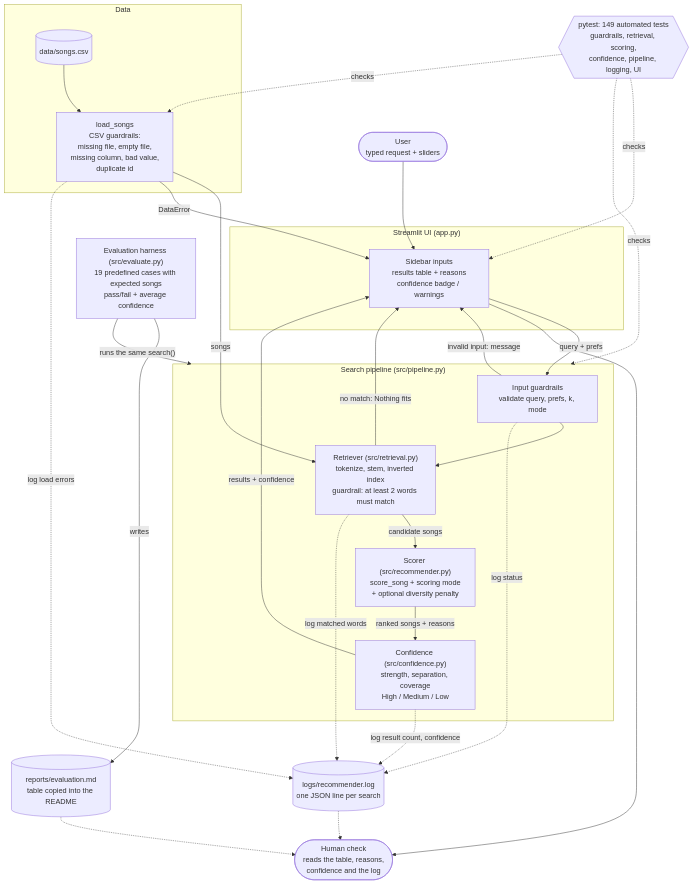
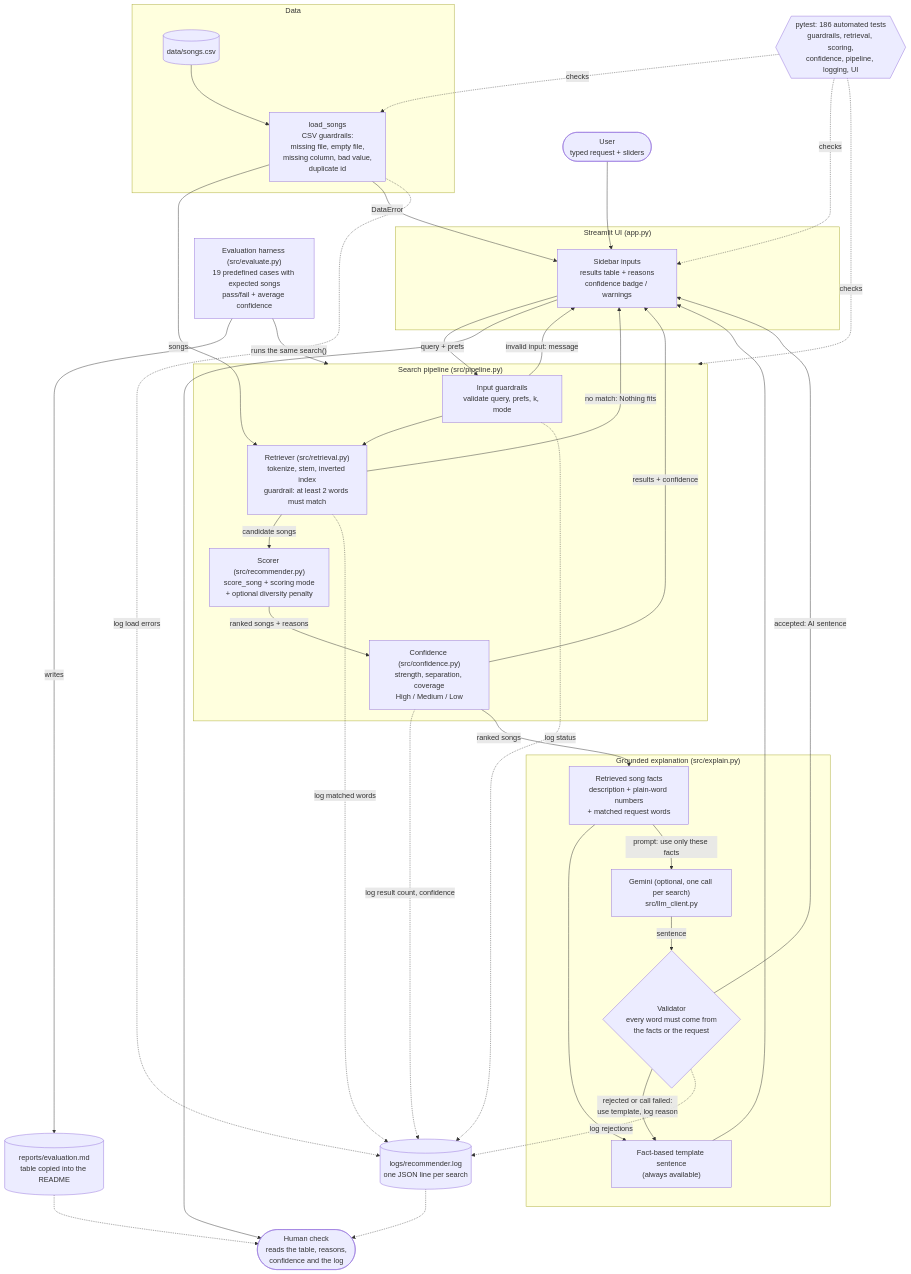
Before and after one commit to virtonen/applied-ai-system-project: the diagram in diagrams/architecture.mmd, drawn with Mermaid. The commit also changed 12 other files, not shown here.

Commit message:
Making retrieval clearly "RAG" + updating docs

```diff
--- a/diagrams/architecture.mmd
+++ b/diagrams/architecture.mmd
@@ -1,55 +1,71 @@
-%% VibeMatch system architecture (current: logging, guardrails, confidence, evaluation harness).
+%% VibeMatch system architecture (current: logging, guardrails, confidence, grounded RAG explanations, evaluation harness).
 %% Render with any Mermaid viewer, for example the Mermaid Live Editor or GitHub.
 flowchart TD
     USER(["User<br/>typed request + sliders"])
     HUMAN(["Human check<br/>reads the table, reasons,<br/>confidence and the log"])
 
     subgraph APP["Streamlit UI (app.py)"]
         UI["Sidebar inputs<br/>results table + reasons<br/>confidence badge / warnings"]
     end
 
     subgraph DATA["Data"]
         CSV[("data/songs.csv")]
         LOAD["load_songs<br/>CSV guardrails:<br/>missing file, empty file,<br/>missing column, bad value,<br/>duplicate id"]
     end
 
     subgraph PIPE["Search pipeline (src/pipeline.py)"]
         GUARD["Input guardrails<br/>validate query, prefs, k, mode"]
         RETR["Retriever (src/retrieval.py)<br/>tokenize, stem, inverted index<br/>guardrail: at least 2 words must match"]
         SCORE["Scorer (src/recommender.py)<br/>score_song + scoring mode<br/>+ optional diversity penalty"]
         CONF["Confidence (src/confidence.py)<br/>strength, separation, coverage<br/>High / Medium / Low"]
     end
 
+    subgraph RAG["Grounded explanation (src/explain.py)"]
+        FACTS["Retrieved song facts<br/>description + plain-word numbers<br/>+ matched request words"]
+        TEMPLATE["Fact-based template sentence<br/>(always available)"]
+        GEMINI["Gemini (optional, one call per search)<br/>src/llm_client.py"]
+        VALID{"Validator<br/>every word must come from<br/>the facts or the request"}
+    end
+
     LOG[("logs/recommender.log<br/>one JSON line per search")]
-    TESTS{{"pytest: 149 automated tests<br/>guardrails, retrieval, scoring,<br/>confidence, pipeline, logging, UI"}}
+    TESTS{{"pytest: 186 automated tests<br/>guardrails, retrieval, scoring,<br/>confidence, pipeline, logging, UI"}}
 
     EVAL["Evaluation harness (src/evaluate.py)<br/>19 predefined cases with expected songs<br/>pass/fail + average confidence"]
     REPORT[("reports/evaluation.md<br/>table copied into the README")]
 
     CSV --> LOAD
     LOAD -->|"songs"| RETR
     LOAD -->|"DataError"| UI
 
     USER --> UI
     UI -->|"query + prefs"| GUARD
     GUARD -->|"invalid input: message"| UI
     GUARD --> RETR
     RETR -->|"no match: Nothing fits"| UI
     RETR -->|"candidate songs"| SCORE
     SCORE -->|"ranked songs + reasons"| CONF
     CONF -->|"results + confidence"| UI
     UI --> HUMAN
 
     GUARD -.->|"log status"| LOG
     RETR -.->|"log matched words"| LOG
     CONF -.->|"log result count, confidence"| LOG
     LOAD -.->|"log load errors"| LOG
     LOG -.-> HUMAN
 
     TESTS -.->|"checks"| LOAD
     TESTS -.->|"checks"| PIPE
     TESTS -.->|"checks"| UI
 
     EVAL -->|"runs the same search()"| PIPE
     EVAL -->|"writes"| REPORT
     REPORT -.-> HUMAN
+
+    CONF -->|"ranked songs"| FACTS
+    FACTS --> TEMPLATE
+    FACTS -->|"prompt: use only these facts"| GEMINI
+    GEMINI -->|"sentence"| VALID
+    VALID -->|"accepted: AI sentence"| UI
+    VALID -->|"rejected or call failed:<br/>use template, log reason"| TEMPLATE
+    TEMPLATE --> UI
+    VALID -.->|"log rejections"| LOG
```
